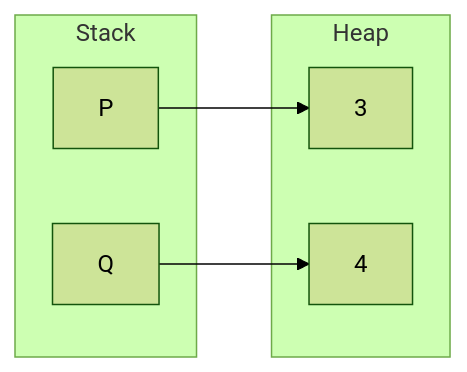
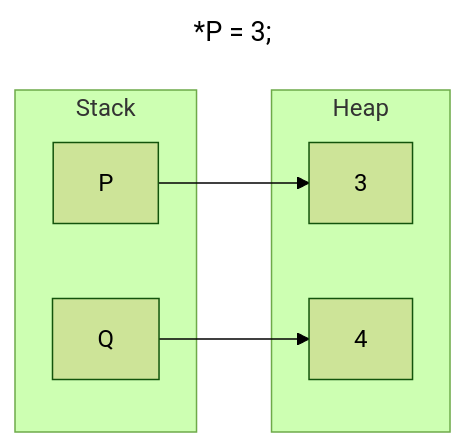
One commit to TeenBiscuits/Pro2324 changed the fifth of 9 diagrams in docs/topics/03-Apuntes/Pro-2/Tema-2.md. Above: the diagram before and after it, drawn with Mermaid (forest theme). The commit also changed other lines of this file, not shown here.

````diff
--- a/docs/topics/03-Apuntes/Pro-2/Tema-2.md
+++ b/docs/topics/03-Apuntes/Pro-2/Tema-2.md
@@ -209,14 +215,17 @@
 ```mermaid
+---
+title: "*P = 3;"
+---
 flowchart LR
     subgraph Stack
         P
         Q
     end
     subgraph Heap
         3
         4
     end
 
     P --> 3
     Q --> 4
 ```
````
